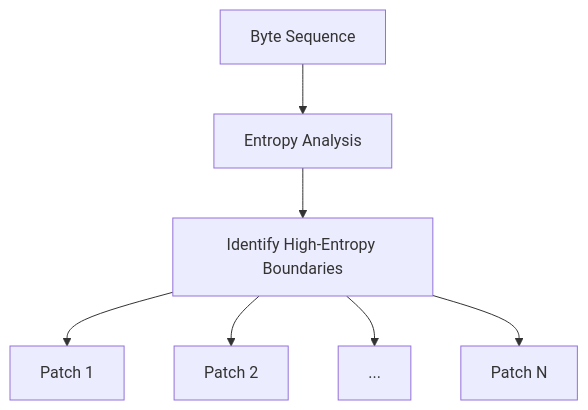
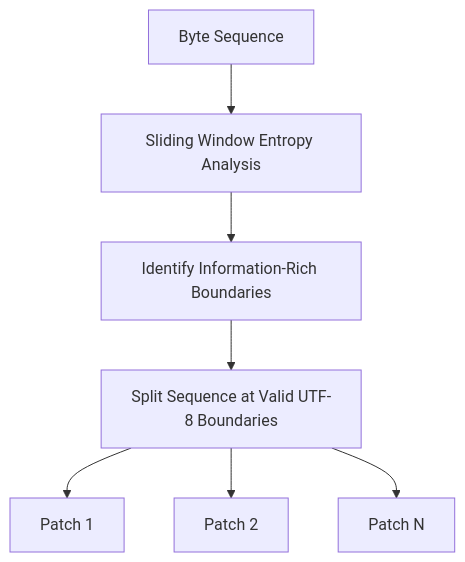
The second of 7 diagrams in README.md (waefrebeorn/bytropix), drawn with Mermaid before and after one commit. The commit also changed other lines of this file and 9 other files, not shown here.

````diff
--- a/README.md
+++ b/README.md
@@ -39,9 +38,9 @@
 ```mermaid
 graph TD;
-    A[Byte Sequence]-->B[Entropy Analysis];
-    B-->C[Identify High-Entropy Boundaries];
-    C-->D[Patch 1];
-    C-->E[Patch 2];
-    C-->F[...];
-    C-->G[Patch N];
+    A[Byte Sequence] --> B[Sliding Window Entropy Analysis];
+    B --> C[Identify Information-Rich Boundaries];
+    C --> D[Split Sequence at Valid UTF-8 Boundaries];
+    D --> E[Patch 1];
+    D --> F[Patch 2];
+    D --> G[Patch N];
 ```
````
